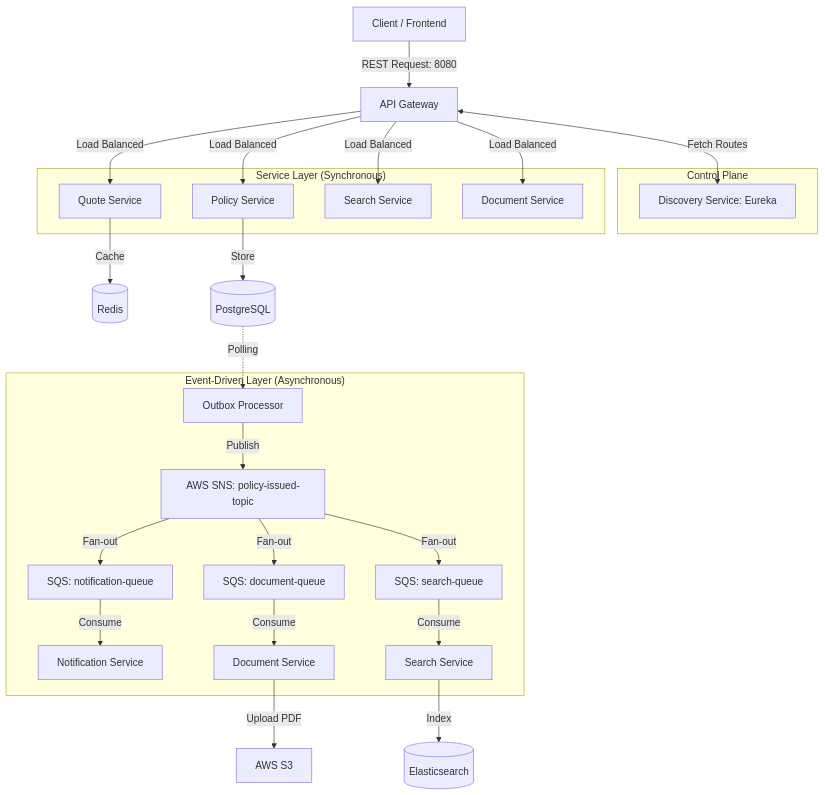
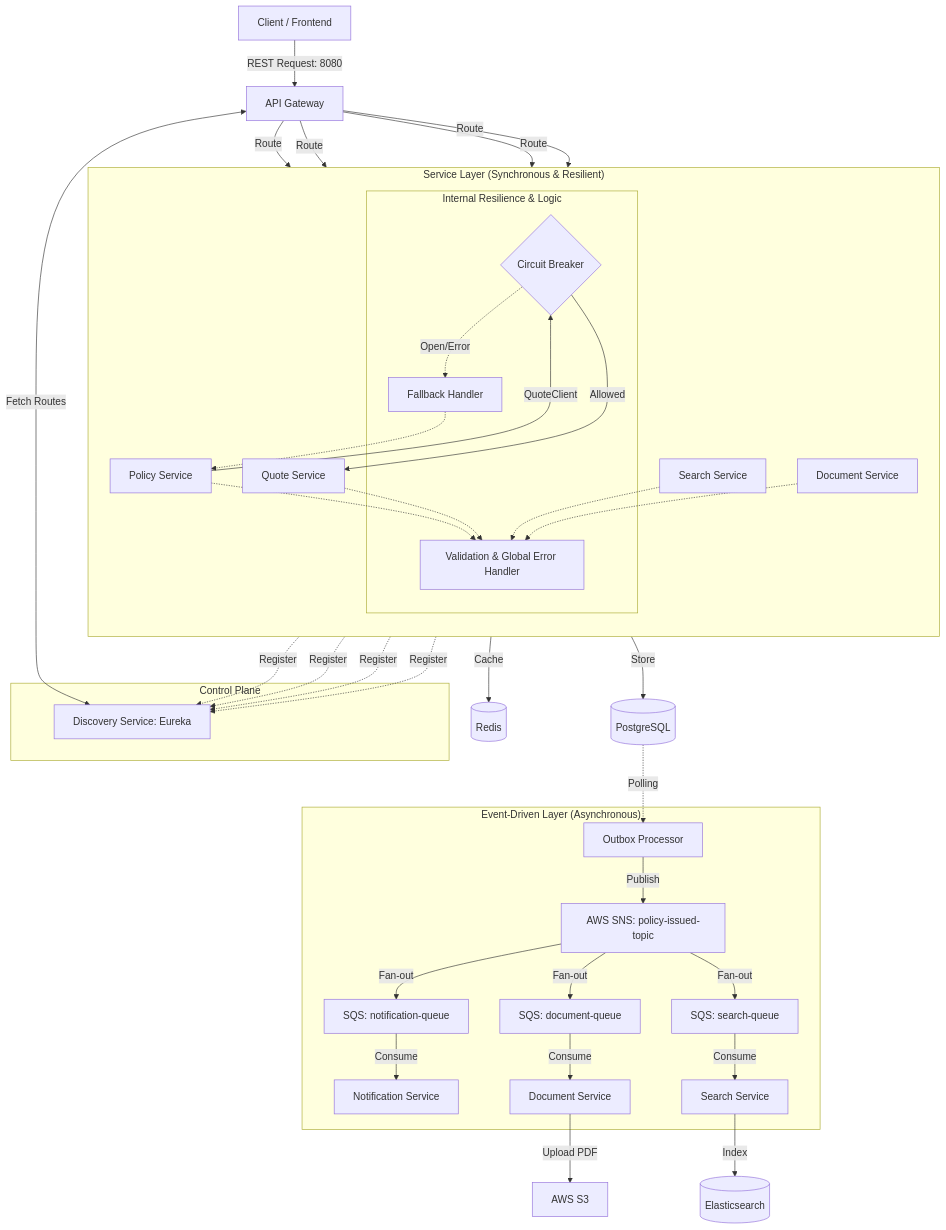
One commit to dawidbera/insure-cloud changed the diagram in README.md. Above: the diagram before and after it, drawn with Mermaid. The commit also changed other lines of this file and 17 other files, not shown here.

Commit message:
feat: implement global error handling, validation, and resilience with integration tests

````diff
--- a/README.md
+++ b/README.md
@@ -26,51 +28,69 @@
 ```mermaid
 graph TB
     Client[Client / Frontend] -->|REST Request: 8080| GW[API Gateway]
     
     subgraph "Control Plane"
         Eureka[Discovery Service: Eureka]
     end
 
-    GW <-->|Fetch Routes| Eureka
-    
-    subgraph "Service Layer (Synchronous)"
-        API_Policy[Policy Service]
-        API_Quote[Quote Service]
-        API_Search[Search Service]
-        API_Doc[Document Service]
+    subgraph "Service Layer (Synchronous & Resilient)"
+        direction TB
+        PS[Policy Service]
+        QS[Quote Service]
+        SS[Search Service]
+        DS[Document Service]
+        
+        subgraph "Internal Resilience & Logic"
+            CB{Circuit Breaker}
+            Fallback[Fallback Handler]
+            VAL[Validation & Global Error Handler]
+        end
     end
 
-    GW -->|Load Balanced| API_Policy
-    GW -->|Load Balanced| API_Quote
-    GW -->|Load Balanced| API_Search
-    GW -->|Load Balanced| API_Doc
+    GW <-->|Fetch Routes| Eureka
+    PS & QS & SS & DS -.->|Register| Eureka
+    
+    GW -->|Route| PS
+    GW -->|Route| QS
+    GW -->|Route| SS
+    GW -->|Route| DS
 
-    API_Quote -->|Cache| Redis[(Redis)]
-    API_Policy -->|Store| DB_PG[(PostgreSQL)]
+    PS -.-> VAL
+    QS -.-> VAL
+    SS -.-> VAL
+    DS -.-> VAL
+    
+    PS -- "QuoteClient" --> CB
+    CB -->|Allowed| QS
+    CB -.->|Open/Error| Fallback
+    Fallback -.-> PS
+
+    QS -->|Cache| Redis[(Redis)]
+    PS -->|Store| DB_PG[(PostgreSQL)]
     
     subgraph "Event-Driven Layer (Asynchronous)"
         Outbox[Outbox Processor]
         SNS[AWS SNS: policy-issued-topic]
         
         SQS_N[SQS: notification-queue]
         SQS_D[SQS: document-queue]
         SQS_S[SQS: search-queue]
         
         Service_Notif[Notification Service]
         Service_Doc[Document Service]
         Service_Search[Search Service]
     end
 
     DB_PG -.->|Polling| Outbox
     Outbox -->|Publish| SNS
     SNS -->|Fan-out| SQS_N
     SNS -->|Fan-out| SQS_D
     SNS -->|Fan-out| SQS_S
     
     SQS_N -->|Consume| Service_Notif
     SQS_D -->|Consume| Service_Doc
     SQS_S -->|Consume| Service_Search
 
     Service_Doc -->|Upload PDF| S3[AWS S3]
     Service_Search -->|Index| ES[(Elasticsearch)]
 ```
````
